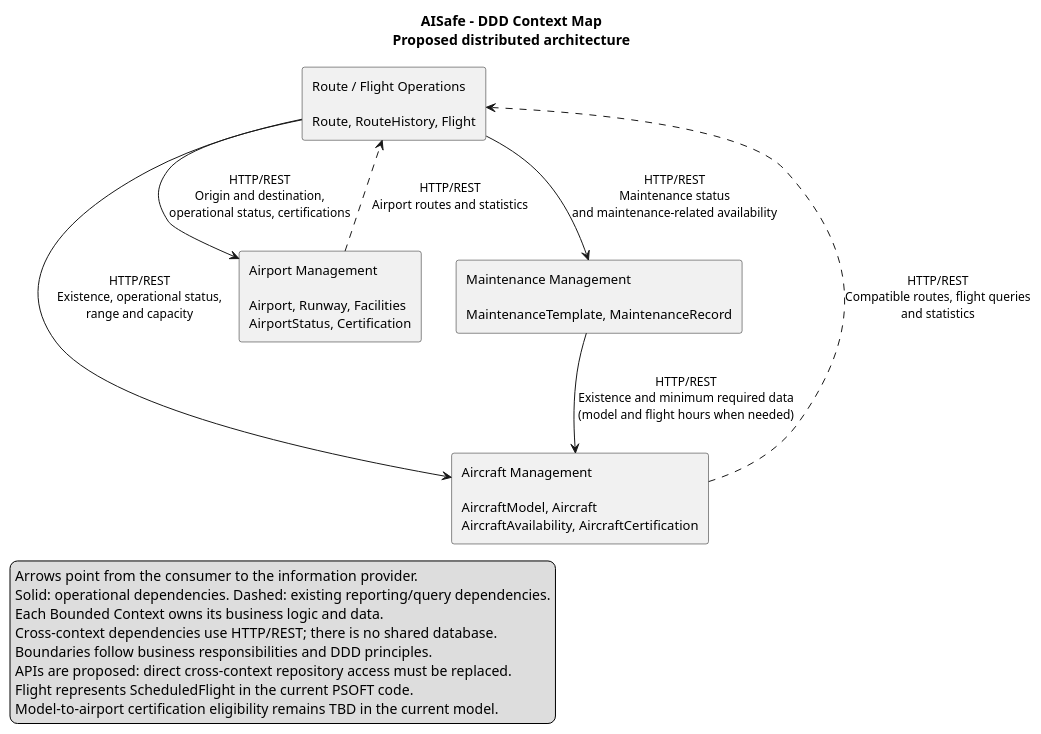
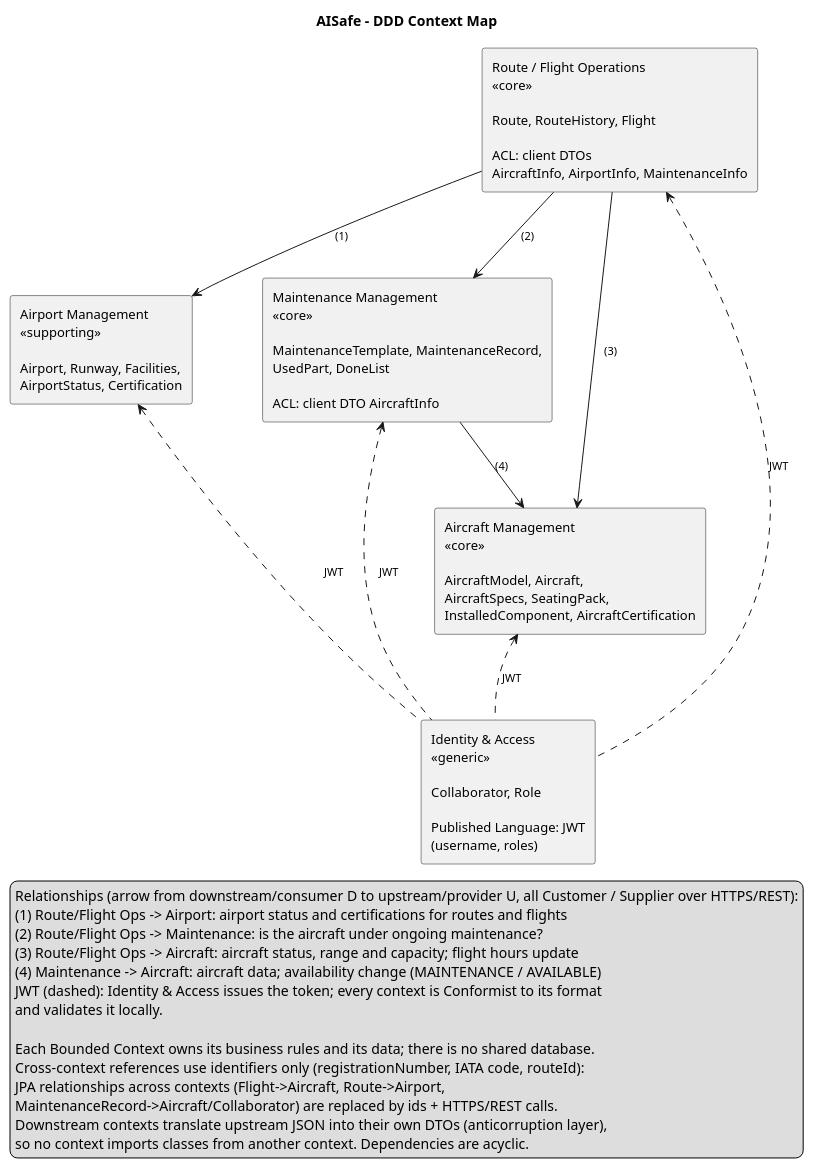
One commit to KolmerKinga/sisdig_1230426_1231051 changed the diagram in AISafe/docs/aisafe_diagrams/aisafe_ddd_context_map.puml. Above: the diagram before and after it, drawn with PlantUML. The commit also changed 20 other files, not shown here.

Commit message:
Alteração e correção nos diagramas .puml e na justificação

```diff
--- a/AISafe/docs/aisafe_diagrams/aisafe_ddd_context_map.puml
+++ b/AISafe/docs/aisafe_diagrams/aisafe_ddd_context_map.puml
@@ -1,39 +1,52 @@
 @startuml
-' Sources: SIDIS-2026-2027-P1, professor PL2/PL3, PSOFT assignment,
-' PSOFT ZIP and output/arq_corrigida.puml. Proposed distributed design.
-' Solid arrows: requested operational dependencies. Dashed arrows: additional
-' consumers already present in arq_corrigida.puml and supported by PSOFT queries.
-' No DDD integration pattern (e.g. Shared Kernel) is assumed without evidence.
-title AISafe - DDD Context Map\nProposed distributed architecture
-top to bottom direction
+title AISafe - DDD Context Map
+
 skinparam monochrome true
 skinparam shadowing false
 skinparam componentStyle rectangle
 skinparam defaultFontName SansSerif
 skinparam defaultFontSize 13
-skinparam ArrowFontSize 12
-skinparam NoteBackgroundColor white
+skinparam ArrowFontSize 11
+skinparam nodesep 70
+skinparam ranksep 70
 
-rectangle "Route / Flight Operations\n\nRoute, RouteHistory, Flight" as Route
-rectangle "Aircraft Management\n\nAircraftModel, Aircraft\nAircraftAvailability, AircraftCertification" as Aircraft
-rectangle "Airport Management\n\nAirport, Runway, Facilities\nAirportStatus, Certification" as Airport
-rectangle "Maintenance Management\n\nMaintenanceTemplate, MaintenanceRecord" as Maintenance
+rectangle "Route / Flight Operations\n<<core>>\n\nRoute, RouteHistory, Flight\n\nACL: client DTOs\nAircraftInfo, AirportInfo, MaintenanceInfo" as Route
 
-Route -down-> Aircraft : HTTP/REST\nExistence, operational status,\nrange and capacity
-Route -down-> Airport : HTTP/REST\nOrigin and destination,\noperational status, certifications
-Route -down-> Maintenance : HTTP/REST\nMaintenance status\nand maintenance-related availability
-Maintenance --> Aircraft : HTTP/REST\nExistence and minimum required data\n(model and flight hours when needed)
-Aircraft ..> Route : HTTP/REST\nCompatible routes, flight queries\nand statistics
-Airport ..> Route : HTTP/REST\nAirport routes and statistics
+rectangle "Airport Management\n<<supporting>>\n\nAirport, Runway, Facilities,\nAirportStatus, Certification" as Airport
+
+rectangle "Maintenance Management\n<<core>>\n\nMaintenanceTemplate, MaintenanceRecord,\nUsedPart, DoneList\n\nACL: client DTO AircraftInfo" as Maintenance
+
+rectangle "Aircraft Management\n<<core>>\n\nAircraftModel, Aircraft,\nAircraftSpecs, SeatingPack,\nInstalledComponent, AircraftCertification" as Aircraft
+
+rectangle "Identity & Access\n<<generic>>\n\nCollaborator, Role\n\nPublished Language: JWT\n(username, roles)" as Identity
+
+Route -down-> Airport : (1)
+Route -down-> Maintenance : (2)
+Route -down-> Aircraft : (3)
+Maintenance -down-> Aircraft : (4)
+
+Airport -[hidden]right-> Maintenance
+Aircraft -[hidden]down-> Identity
+
+Route <.. Identity : JWT
+Airport <.. Identity : JWT
+Maintenance <.. Identity : JWT
+Aircraft <.. Identity : JWT
 
 legend bottom left
-  Arrows point from the consumer to the information provider.
-  Solid: operational dependencies. Dashed: existing reporting/query dependencies.
-  Each Bounded Context owns its business logic and data.
-  Cross-context dependencies use HTTP/REST; there is no shared database.
-  Boundaries follow business responsibilities and DDD principles.
-  APIs are proposed: direct cross-context repository access must be replaced.
-  Flight represents ScheduledFlight in the current PSOFT code.
-  Model-to-airport certification eligibility remains TBD in the current model.
+  Relationships (arrow from downstream/consumer D to upstream/provider U, all Customer / Supplier over HTTPS/REST):
+  (1) Route/Flight Ops -> Airport: airport status and certifications for routes and flights
+  (2) Route/Flight Ops -> Maintenance: is the aircraft under ongoing maintenance?
+  (3) Route/Flight Ops -> Aircraft: aircraft status, range and capacity; flight hours update
+  (4) Maintenance -> Aircraft: aircraft data; availability change (MAINTENANCE / AVAILABLE)
+  JWT (dashed): Identity & Access issues the token; every context is Conformist to its format
+  and validates it locally.
+
+  Each Bounded Context owns its business rules and its data; there is no shared database.
+  Cross-context references use identifiers only (registrationNumber, IATA code, routeId):
+  JPA relationships across contexts (Flight->Aircraft, Route->Airport,
+  MaintenanceRecord->Aircraft/Collaborator) are replaced by ids + HTTPS/REST calls.
+  Downstream contexts translate upstream JSON into their own DTOs (anticorruption layer),
+  so no context imports classes from another context. Dependencies are acyclic.
 endlegend
 @enduml
```
